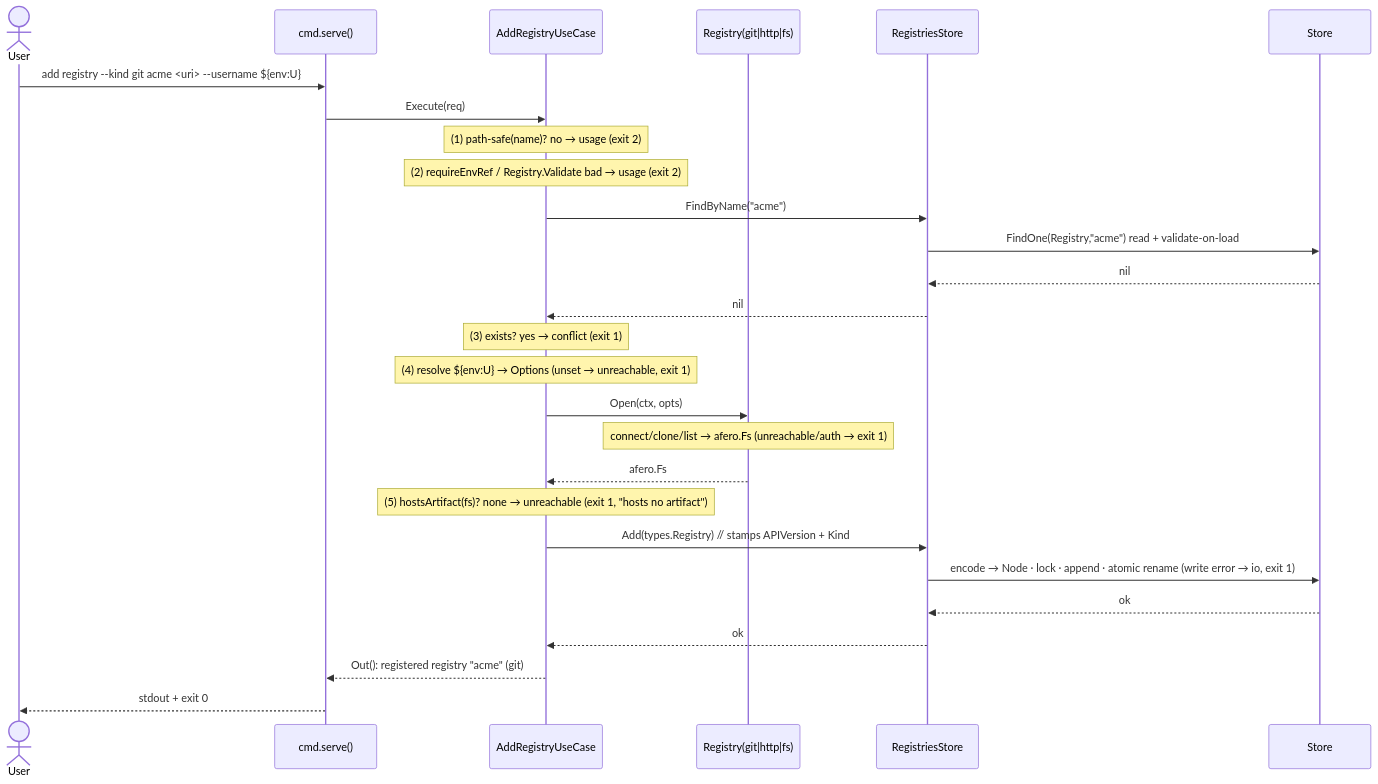
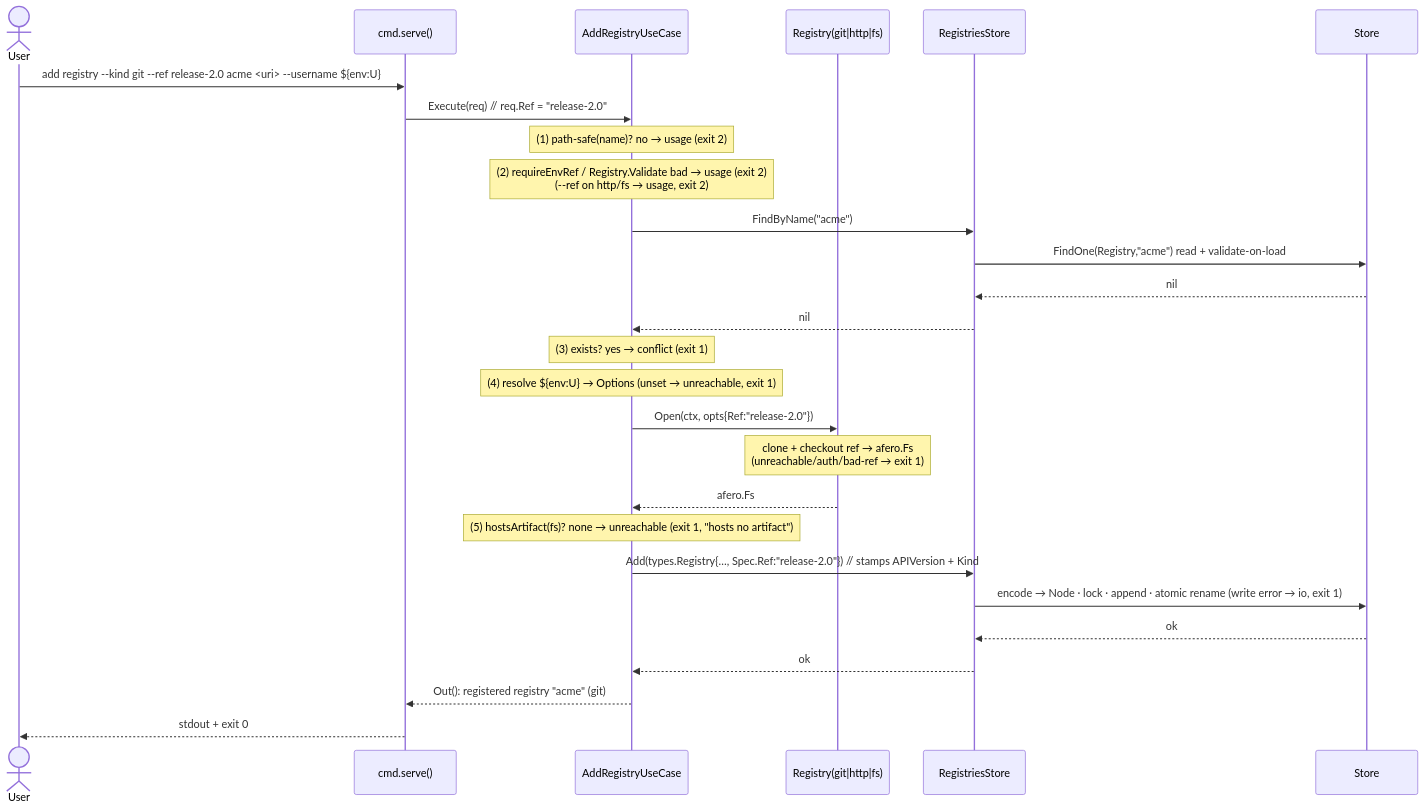
One commit to Delfimarime/sauron changed the second of 3 diagrams in spec/0001-add-registry/plan.md. Above: the diagram before and after it, drawn with Mermaid. The commit also changed other lines of this file and 10 other files, not shown here.

````diff
--- a/spec/0001-add-registry/plan.md
+++ b/spec/0001-add-registry/plan.md
@@ -108,30 +140,30 @@
 ```mermaid
 sequenceDiagram
   actor U as User
   participant C as cmd.serve()
   participant UC as AddRegistryUseCase
   participant R as Registry(git|http|fs)
   participant RS as RegistriesStore
   participant ST as Store
 
-  U->>C: add registry --kind git acme <uri> --username ${env:U}
-  C->>UC: Execute(req)
+  U->>C: add registry --kind git --ref release-2.0 acme <uri> --username ${env:U}
+  C->>UC: Execute(req)  // req.Ref = "release-2.0"
   Note over UC: (1) path-safe(name)? no → usage (exit 2)
-  Note over UC: (2) requireEnvRef / Registry.Validate bad → usage (exit 2)
+  Note over UC: (2) requireEnvRef / Registry.Validate bad → usage (exit 2)<br/>(--ref on http/fs → usage, exit 2)
   UC->>RS: FindByName("acme")
   RS->>ST: FindOne(Registry,"acme") read + validate-on-load
   ST-->>RS: nil
   RS-->>UC: nil
   Note over UC: (3) exists? yes → conflict (exit 1)
   Note over UC: (4) resolve ${env:U} → Options (unset → unreachable, exit 1)
-  UC->>R: Open(ctx, opts)
-  Note over R: connect/clone/list → afero.Fs (unreachable/auth → exit 1)
+  UC->>R: Open(ctx, opts{Ref:"release-2.0"})
+  Note over R: clone + checkout ref → afero.Fs<br/>(unreachable/auth/bad-ref → exit 1)
   R-->>UC: afero.Fs
   Note over UC: (5) hostsArtifact(fs)? none → unreachable (exit 1, "hosts no artifact")
-  UC->>RS: Add(types.Registry)  // stamps APIVersion + Kind
+  UC->>RS: Add(types.Registry{…, Spec.Ref:"release-2.0"})  // stamps APIVersion + Kind
   RS->>ST: encode → Node · lock · append · atomic rename (write error → io, exit 1)
   ST-->>RS: ok
   RS-->>UC: ok
   UC-->>C: Out(): registered registry "acme" (git)
   C-->>U: stdout + exit 0
 ```
````
